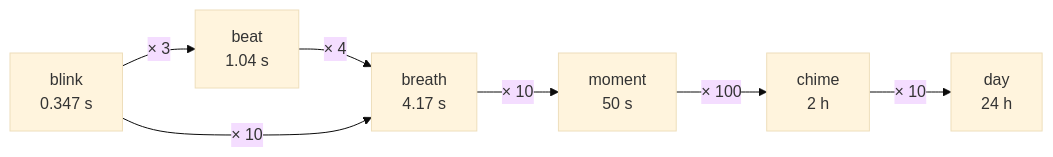
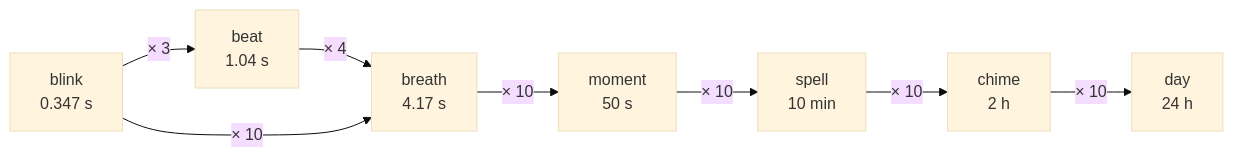
Before and after one commit to rdmarsh/paludal: the diagram in spec/2-04-time.md, drawn with Mermaid (base theme). The commit also changed other lines of this file and 60 other files, not shown here.

First line of the commit message:
Guide counts in familiar dozens; Thinking in Paludal landmarks; spell (10 min, for now); time-names matrix; drop Hide notes

````diff
--- a/spec/2-04-time.md
+++ b/spec/2-04-time.md
@@ -25,9 +25,10 @@
 ```mermaid
 flowchart LR
   bl["blink<br>0.347 s"] -->|"× 3"| be["beat<br>1.04 s"]
   be -->|"× 4"| br["breath<br>4.17 s"]
   bl -->|"× 10"| br
   br -->|"× 10"| mt["moment<br>50 s"]
-  mt -->|"× 100"| ch["chime<br>2 h"]
+  mt -->|"× 10"| sl["spell<br>10 min"]
+  sl -->|"× 10"| ch["chime<br>2 h"]
   ch -->|"× 10"| day["day<br>24 h"]
 ```
````
